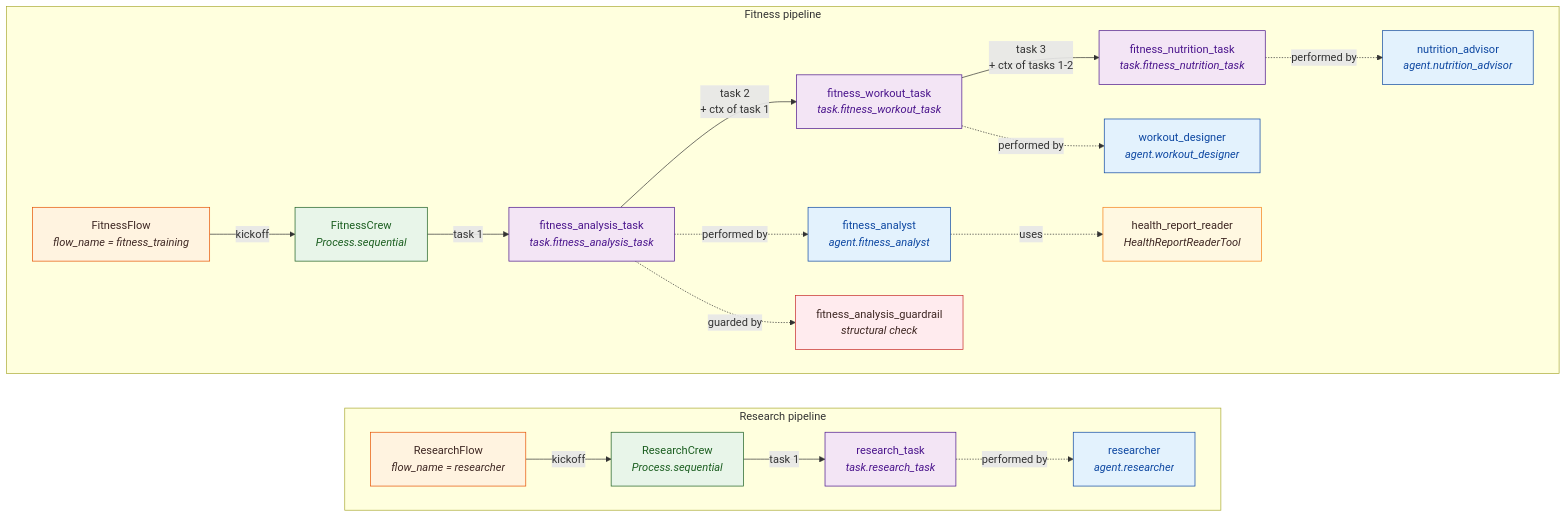
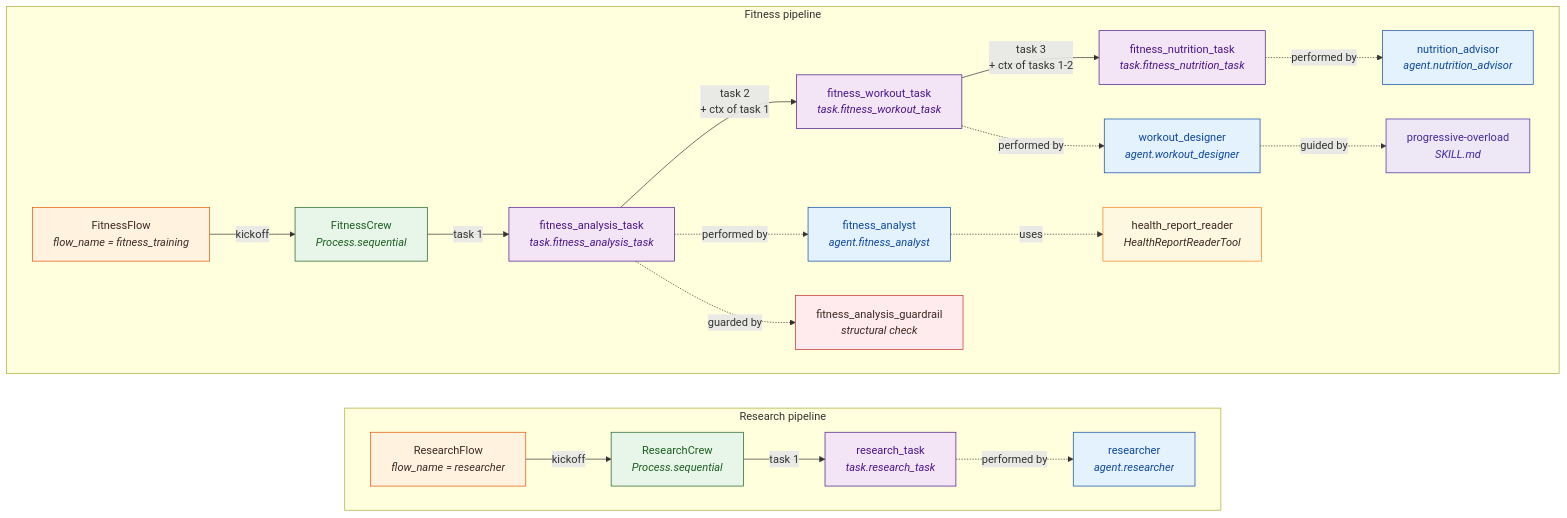
Before and after one commit to shengtong-design/langfuse-chat: the third of 4 diagrams in SYSTEM_OVERVIEW.md, drawn with Mermaid. The commit also changed other lines of this file and 2 other files, not shown here.

````diff
--- a/SYSTEM_OVERVIEW.md
+++ b/SYSTEM_OVERVIEW.md
@@ -538,35 +600,38 @@
 ```mermaid
 flowchart LR
     classDef flowNode fill:#fff3e0,stroke:#e65100,color:#3e2723;
     classDef crewNode fill:#e8f5e9,stroke:#1b5e20,color:#1b5e20;
     classDef agentNode fill:#e3f2fd,stroke:#0d47a1,color:#0d47a1;
     classDef taskNode fill:#f3e5f5,stroke:#4a148c,color:#4a148c;
     classDef toolNode fill:#fff8e1,stroke:#f57f17,color:#3e2723;
     classDef guardrailNode fill:#ffebee,stroke:#c62828,color:#3e2723;
+    classDef skillNode fill:#ede7f6,stroke:#4527a0,color:#4527a0;
 
     subgraph RP["Research pipeline"]
         direction LR
         RF["ResearchFlow<br/><i>flow_name = researcher</i>"]:::flowNode -->|kickoff| RC["ResearchCrew<br/><i>Process.sequential</i>"]:::crewNode
         RC -->|task 1| Rt["research_task<br/><i>task.research_task</i>"]:::taskNode
         Rr["researcher<br/><i>agent.researcher</i>"]:::agentNode
         Rt -.performed by.-> Rr
     end
 
     subgraph FP["Fitness pipeline"]
         direction LR
         FF["FitnessFlow<br/><i>flow_name = fitness_training</i>"]:::flowNode -->|kickoff| FC["FitnessCrew<br/><i>Process.sequential</i>"]:::crewNode
         FC -->|task 1| Fat["fitness_analysis_task<br/><i>task.fitness_analysis_task</i>"]:::taskNode
         Fat -->|task 2<br/>+ ctx of task 1| Fwt["fitness_workout_task<br/><i>task.fitness_workout_task</i>"]:::taskNode
         Fwt -->|task 3<br/>+ ctx of tasks 1-2| Fnt["fitness_nutrition_task<br/><i>task.fitness_nutrition_task</i>"]:::taskNode
         Fa["fitness_analyst<br/><i>agent.fitness_analyst</i>"]:::agentNode
         Fw["workout_designer<br/><i>agent.workout_designer</i>"]:::agentNode
         Fn["nutrition_advisor<br/><i>agent.nutrition_advisor</i>"]:::agentNode
         HRR["health_report_reader<br/><i>HealthReportReaderTool</i>"]:::toolNode
         Fag["fitness_analysis_guardrail<br/><i>structural check</i>"]:::guardrailNode
+        Pos["progressive-overload<br/><i>SKILL.md</i>"]:::skillNode
         Fat -.performed by.-> Fa
         Fwt -.performed by.-> Fw
         Fnt -.performed by.-> Fn
         Fa -.uses.-> HRR
         Fat -.guarded by.-> Fag
+        Fw -.guided by.-> Pos
     end
 ```
````
